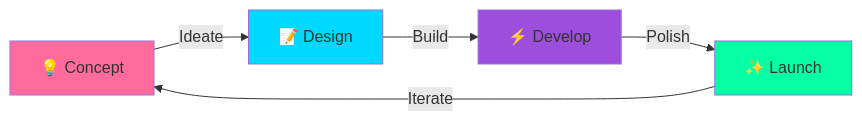
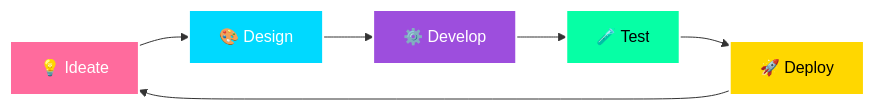
Before and after one commit to AdroIT-RNSIT/AdroIT-RNSIT: the diagram in README.md, drawn with Mermaid. The commit also changed other lines of this file, not shown here.

````diff
--- a/README.md
+++ b/README.md
@@ -71,11 +62,13 @@
 ```mermaid
 graph LR
-    A[💡 Concept] -->|Ideate| B[📝 Design]
-    B -->|Build| C[⚡ Develop]
-    C -->|Polish| D[✨ Launch]
-    D -->|Iterate| A
-    style A fill:#FF6B9D
-    style B fill:#00D9FF
-    style C fill:#9D4EDD
-    style D fill:#06FFA5
+    A[💡 Ideate] --> B[🎨 Design]
+    B --> C[⚙️ Develop]
+    C --> D[🧪 Test]
+    D --> E[🚀 Deploy]
+    E --> A
+    style A fill:#FF6B9D,stroke:#fff,stroke-width:2px,color:#fff
+    style B fill:#00D9FF,stroke:#fff,stroke-width:2px,color:#fff
+    style C fill:#9D4EDD,stroke:#fff,stroke-width:2px,color:#fff
+    style D fill:#06FFA5,stroke:#fff,stroke-width:2px,color:#000
+    style E fill:#FFD700,stroke:#fff,stroke-width:2px,color:#000
 ```
````
